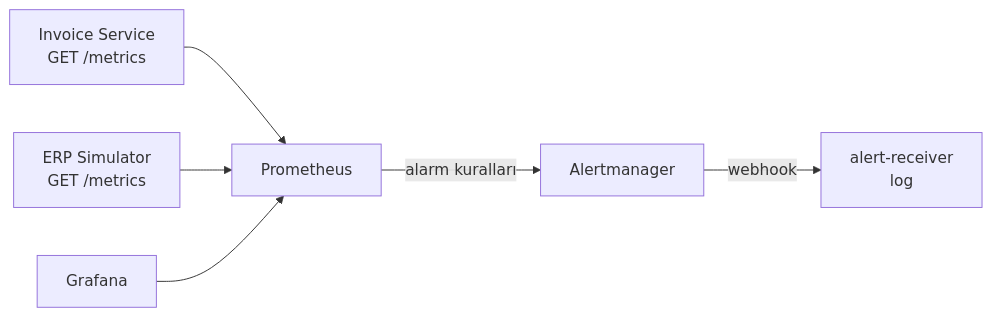
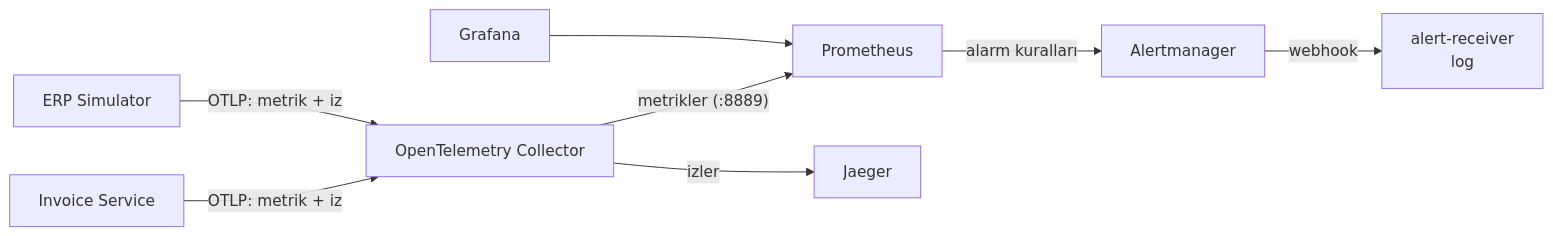
One commit to metinkaryagdi/Staj_Tasks changed the fourth of 4 diagrams in ARCHITECTURE.md. Above: the diagram before and after it, drawn with Mermaid. The commit also changed other lines of this file and 1 other file, not shown here.

Commit message:
Describe the Collector, Jaeger, an invoice's trace and the new alert in README and ARCHITECTURE, and replace the Day 11 section with Day 12

````diff
--- a/ARCHITECTURE.md
+++ b/ARCHITECTURE.md
@@ -199,8 +202,10 @@
 ```mermaid
 flowchart LR
-    I["Invoice Service<br/>GET /metrics"] --> P[Prometheus]
-    E["ERP Simulator<br/>GET /metrics"] --> P
+    I["Invoice Service"] -- "OTLP: metrik + iz" --> C[OpenTelemetry Collector]
+    E["ERP Simulator"] -- "OTLP: metrik + iz" --> C
+    C -- "metrikler (:8889)" --> P[Prometheus]
+    C -- "izler" --> J[Jaeger]
     P -- "alarm kuralları" --> A[Alertmanager]
     A -- webhook --> R["alert-receiver<br/>log"]
     G[Grafana] --> P
 ```
````
